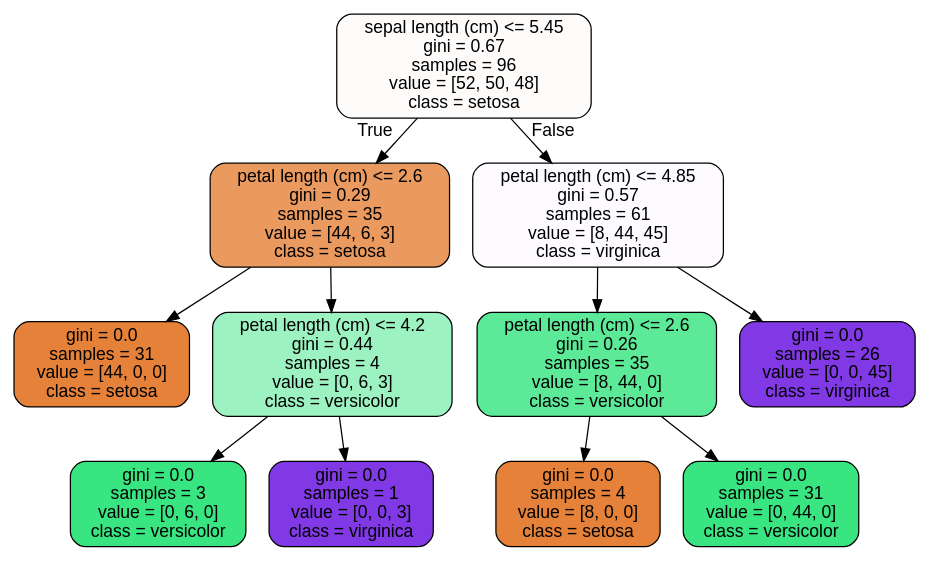
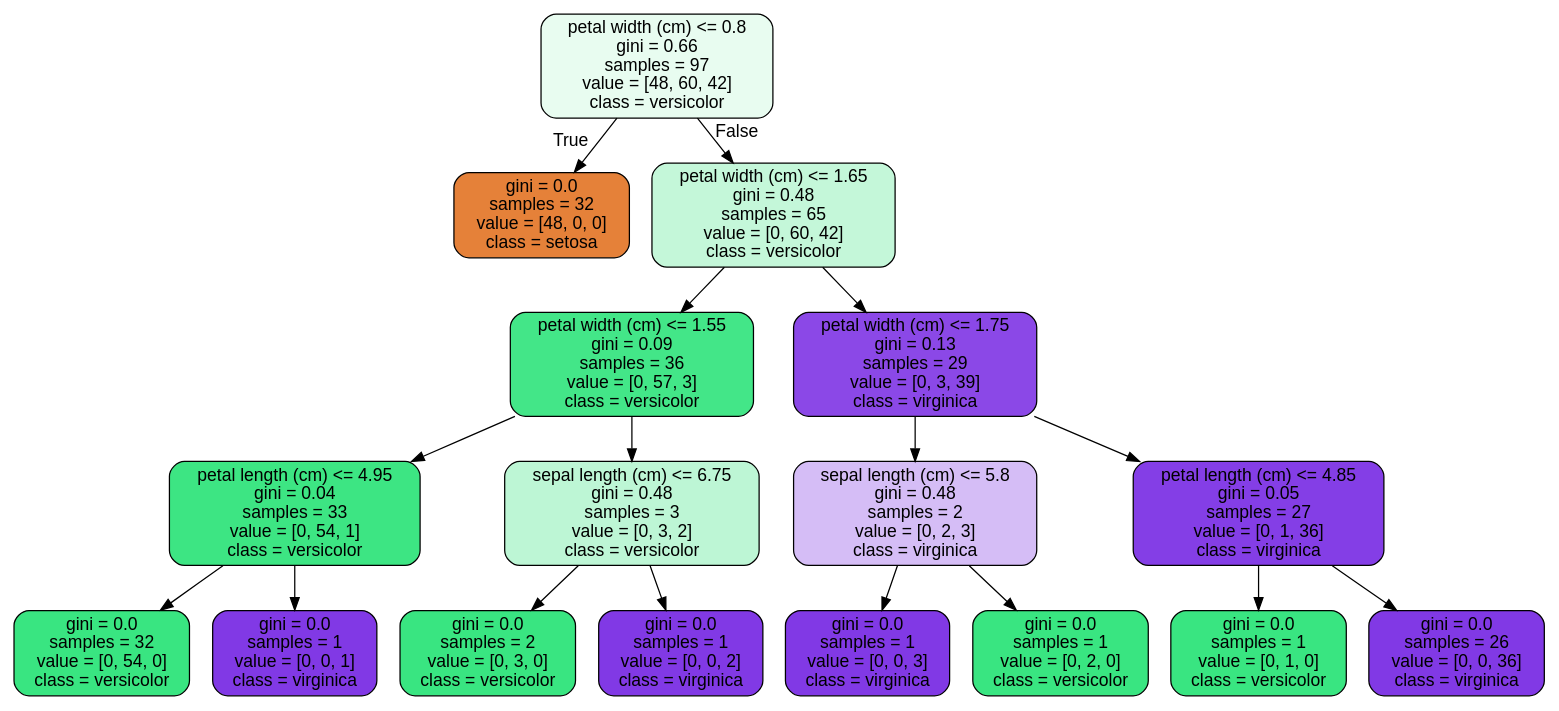
The diagram in Unit14/RandomForest_Covid_Case_Study/tree.dot (springboard-curriculum/DataScienceGuidedCapstone), drawn with Graphviz before and after one commit.

```diff
--- a/Unit14/RandomForest_Covid_Case_Study/tree.dot
+++ b/Unit14/RandomForest_Covid_Case_Study/tree.dot
@@ -1,25 +1,37 @@
 digraph Tree {
 node [shape=box, style="filled, rounded", color="black", fontname=helvetica] ;
 edge [fontname=helvetica] ;
-0 [label="sepal length (cm) <= 5.45\ngini = 0.67\nsamples = 96\nvalue = [52, 50, 48]\nclass = setosa", fillcolor="#fefcfb"] ;
-1 [label="petal length (cm) <= 2.6\ngini = 0.29\nsamples = 35\nvalue = [44, 6, 3]\nclass = setosa", fillcolor="#ea995f"] ;
+0 [label="petal width (cm) <= 0.8\ngini = 0.66\nsamples = 97\nvalue = [48, 60, 42]\nclass = versicolor", fillcolor="#e8fcf0"] ;
+1 [label="gini = 0.0\nsamples = 32\nvalue = [48, 0, 0]\nclass = setosa", fillcolor="#e58139"] ;
 0 -> 1 [labeldistance=2.5, labelangle=45, headlabel="True"] ;
-2 [label="gini = 0.0\nsamples = 31\nvalue = [44, 0, 0]\nclass = setosa", fillcolor="#e58139"] ;
-1 -> 2 ;
-3 [label="petal length (cm) <= 4.2\ngini = 0.44\nsamples = 4\nvalue = [0, 6, 3]\nclass = versicolor", fillcolor="#9cf2c0"] ;
-1 -> 3 ;
-4 [label="gini = 0.0\nsamples = 3\nvalue = [0, 6, 0]\nclass = versicolor", fillcolor="#39e581"] ;
+2 [label="petal width (cm) <= 1.65\ngini = 0.48\nsamples = 65\nvalue = [0, 60, 42]\nclass = versicolor", fillcolor="#c4f7d9"] ;
+0 -> 2 [labeldistance=2.5, labelangle=-45, headlabel="False"] ;
+3 [label="petal width (cm) <= 1.55\ngini = 0.09\nsamples = 36\nvalue = [0, 57, 3]\nclass = versicolor", fillcolor="#43e688"] ;
+2 -> 3 ;
+4 [label="petal length (cm) <= 4.95\ngini = 0.04\nsamples = 33\nvalue = [0, 54, 1]\nclass = versicolor", fillcolor="#3de583"] ;
 3 -> 4 ;
-5 [label="gini = 0.0\nsamples = 1\nvalue = [0, 0, 3]\nclass = virginica", fillcolor="#8139e5"] ;
-3 -> 5 ;
-6 [label="petal length (cm) <= 4.85\ngini = 0.57\nsamples = 61\nvalue = [8, 44, 45]\nclass = virginica", fillcolor="#fdfbff"] ;
-0 -> 6 [labeldistance=2.5, labelangle=-45, headlabel="False"] ;
-7 [label="petal length (cm) <= 2.6\ngini = 0.26\nsamples = 35\nvalue = [8, 44, 0]\nclass = versicolor", fillcolor="#5dea98"] ;
-6 -> 7 ;
-8 [label="gini = 0.0\nsamples = 4\nvalue = [8, 0, 0]\nclass = setosa", fillcolor="#e58139"] ;
+5 [label="gini = 0.0\nsamples = 32\nvalue = [0, 54, 0]\nclass = versicolor", fillcolor="#39e581"] ;
+4 -> 5 ;
+6 [label="gini = 0.0\nsamples = 1\nvalue = [0, 0, 1]\nclass = virginica", fillcolor="#8139e5"] ;
+4 -> 6 ;
+7 [label="sepal length (cm) <= 6.75\ngini = 0.48\nsamples = 3\nvalue = [0, 3, 2]\nclass = versicolor", fillcolor="#bdf6d5"] ;
+3 -> 7 ;
+8 [label="gini = 0.0\nsamples = 2\nvalue = [0, 3, 0]\nclass = versicolor", fillcolor="#39e581"] ;
 7 -> 8 ;
-9 [label="gini = 0.0\nsamples = 31\nvalue = [0, 44, 0]\nclass = versicolor", fillcolor="#39e581"] ;
+9 [label="gini = 0.0\nsamples = 1\nvalue = [0, 0, 2]\nclass = virginica", fillcolor="#8139e5"] ;
 7 -> 9 ;
-10 [label="gini = 0.0\nsamples = 26\nvalue = [0, 0, 45]\nclass = virginica", fillcolor="#8139e5"] ;
-6 -> 10 ;
+10 [label="petal width (cm) <= 1.75\ngini = 0.13\nsamples = 29\nvalue = [0, 3, 39]\nclass = virginica", fillcolor="#8b48e7"] ;
+2 -> 10 ;
+11 [label="sepal length (cm) <= 5.8\ngini = 0.48\nsamples = 2\nvalue = [0, 2, 3]\nclass = virginica", fillcolor="#d5bdf6"] ;
+10 -> 11 ;
+12 [label="gini = 0.0\nsamples = 1\nvalue = [0, 0, 3]\nclass = virginica", fillcolor="#8139e5"] ;
+11 -> 12 ;
+13 [label="gini = 0.0\nsamples = 1\nvalue = [0, 2, 0]\nclass = versicolor", fillcolor="#39e581"] ;
+11 -> 13 ;
+14 [label="petal length (cm) <= 4.85\ngini = 0.05\nsamples = 27\nvalue = [0, 1, 36]\nclass = virginica", fillcolor="#843ee6"] ;
+10 -> 14 ;
+15 [label="gini = 0.0\nsamples = 1\nvalue = [0, 1, 0]\nclass = versicolor", fillcolor="#39e581"] ;
+14 -> 15 ;
+16 [label="gini = 0.0\nsamples = 26\nvalue = [0, 0, 36]\nclass = virginica", fillcolor="#8139e5"] ;
+14 -> 16 ;
 }
```
